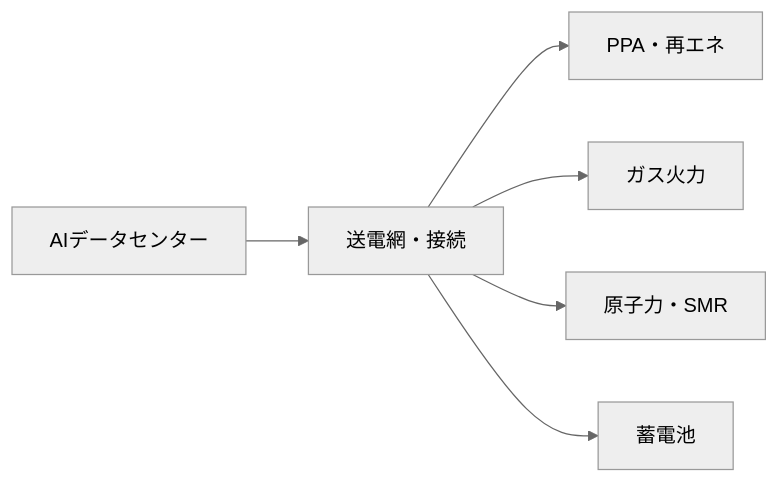
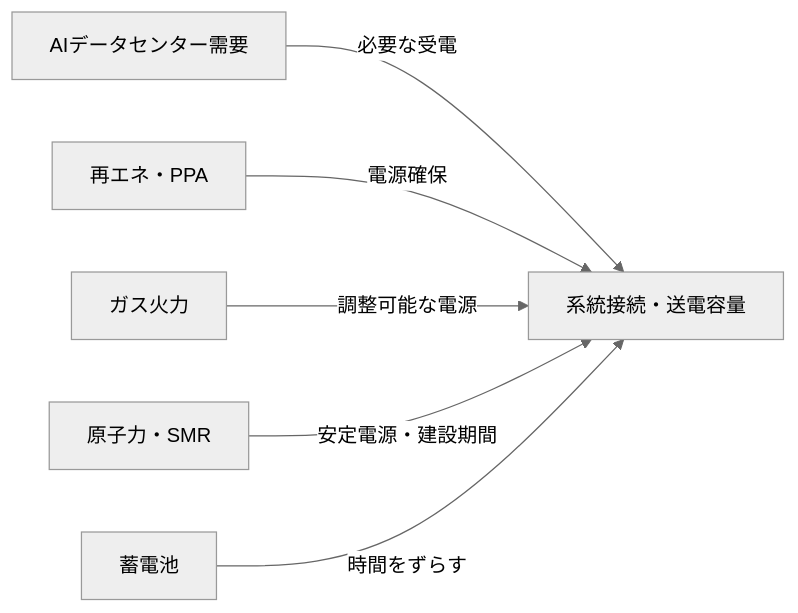
The diagram in articles/report/ai-power-energy-constraints/ja/index.mdx (daylight55/research), drawn with Mermaid (neutral theme) before and after one commit. The commit also changed 181 other files, not shown here.

First line of the commit message:
全記事の図解368点を再生成し、共通注意書きを削除 (#402)

````diff
--- a/articles/report/ai-power-energy-constraints/ja/index.mdx
+++ b/articles/report/ai-power-energy-constraints/ja/index.mdx
@@ -34,8 +34,16 @@
 ```mermaid
 flowchart LR
-  AI["AIデータセンター"] --> Grid["送電網・接続"]
-  Grid --> PPA["PPA・再エネ"]
-  Grid --> Gas["ガス火力"]
-  Grid --> Nuke["原子力・SMR"]
-  Grid --> Batt["蓄電池"]
+  accTitle: AI用電源の選択肢と送電網の制約
+  accDescr: 再エネ、ガス、原子力、蓄電池は役割も導入時間も異なる。発電能力があっても系統接続が利用開始を制約する。
+  N0["AIデータセンター需要"]
+  N1["系統接続・送電容量"]
+  N2["再エネ・PPA"]
+  N3["ガス火力"]
+  N4["原子力・SMR"]
+  N5["蓄電池"]
+  N0 -->|必要な受電| N1
+  N2 -->|電源確保| N1
+  N3 -->|調整可能な電源| N1
+  N4 -->|安定電源・建設期間| N1
+  N5 -->|時間をずらす| N1
 ```
````
